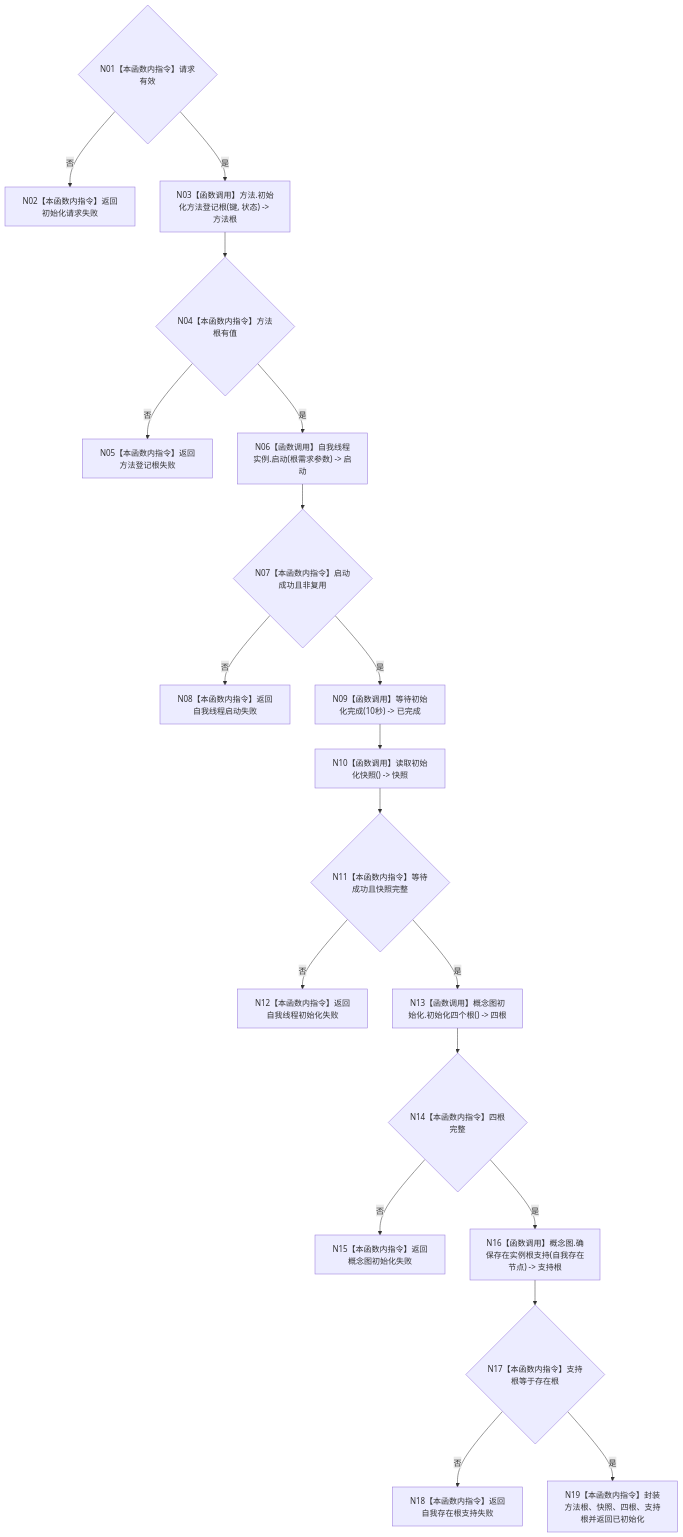
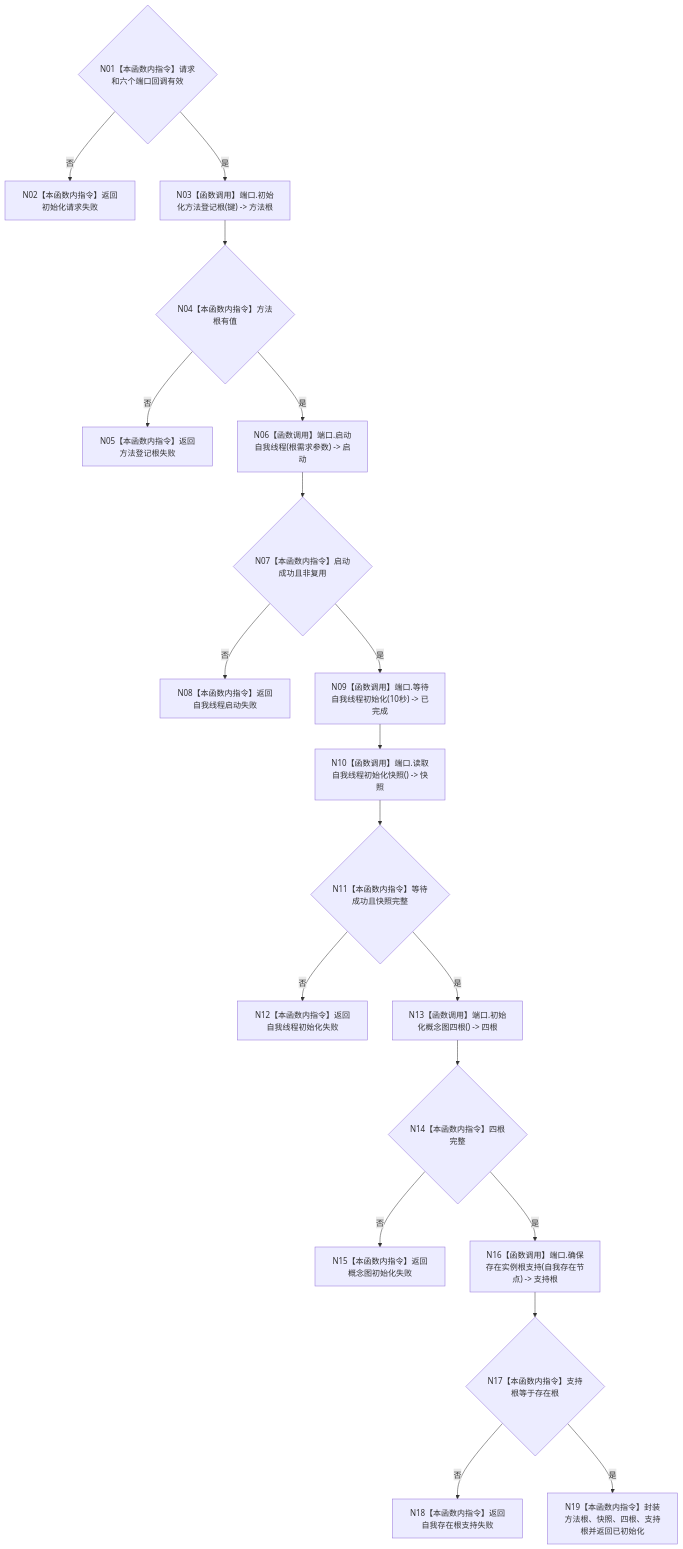
Before and after one commit to chunhaizh-cyber/HY-Ego: the diagram in 流程图/20260726_ENTRY-ONLY_F08_初始化普通系统_施工流程图_v0.1.md, drawn with Mermaid. The commit also changed other lines of this file and 54 other files, not shown here.

````diff
--- a/流程图/20260726_ENTRY-ONLY_F08_初始化普通系统_施工流程图_v0.1.md
+++ b/流程图/20260726_ENTRY-ONLY_F08_初始化普通系统_施工流程图_v0.1.md
@@ -28,21 +29,21 @@
 ```mermaid
 flowchart TD
-    N01{"N01【本函数内指令】请求有效"} -- "否" --> R0["N02【本函数内指令】返回初始化请求失败"]
-    N01 -- "是" --> N03["N03【函数调用】方法.初始化方法登记根(键, 状态) -> 方法根"]
+    N01{"N01【本函数内指令】请求和六个端口回调有效"} -- "否" --> R0["N02【本函数内指令】返回初始化请求失败"]
+    N01 -- "是" --> N03["N03【函数调用】端口.初始化方法登记根(键) -> 方法根"]
     N03 --> N04{"N04【本函数内指令】方法根有值"}
     N04 -- "否" --> R1["N05【本函数内指令】返回方法登记根失败"]
-    N04 -- "是" --> N06["N06【函数调用】自我线程实例.启动(根需求参数) -> 启动"]
+    N04 -- "是" --> N06["N06【函数调用】端口.启动自我线程(根需求参数) -> 启动"]
     N06 --> N07{"N07【本函数内指令】启动成功且非复用"}
     N07 -- "否" --> R2["N08【本函数内指令】返回自我线程启动失败"]
-    N07 -- "是" --> N09["N09【函数调用】等待初始化完成(10秒) -> 已完成"]
-    N09 --> N10["N10【函数调用】读取初始化快照() -> 快照"]
+    N07 -- "是" --> N09["N09【函数调用】端口.等待自我线程初始化(10秒) -> 已完成"]
+    N09 --> N10["N10【函数调用】端口.读取自我线程初始化快照() -> 快照"]
     N10 --> N11{"N11【本函数内指令】等待成功且快照完整"}
     N11 -- "否" --> R3["N12【本函数内指令】返回自我线程初始化失败"]
-    N11 -- "是" --> N13["N13【函数调用】概念图初始化.初始化四个根() -> 四根"]
+    N11 -- "是" --> N13["N13【函数调用】端口.初始化概念图四根() -> 四根"]
     N13 --> N14{"N14【本函数内指令】四根完整"}
     N14 -- "否" --> R4["N15【本函数内指令】返回概念图初始化失败"]
-    N14 -- "是" --> N16["N16【函数调用】概念图.确保存在实例根支持(自我存在节点) -> 支持根"]
+    N14 -- "是" --> N16["N16【函数调用】端口.确保存在实例根支持(自我存在节点) -> 支持根"]
     N16 --> N17{"N17【本函数内指令】支持根等于存在根"}
     N17 -- "否" --> R5["N18【本函数内指令】返回自我存在根支持失败"]
     N17 -- "是" --> N19["N19【本函数内指令】封装方法根、快照、四根、支持根并返回已初始化"]
 ```
````
